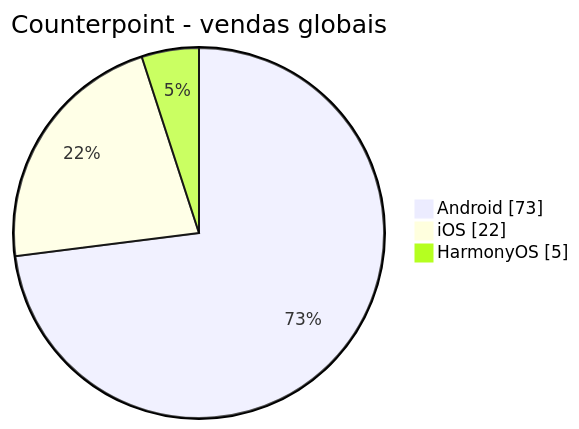
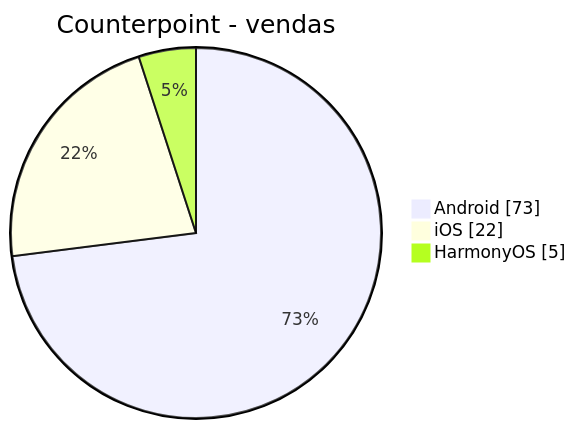
One commit to renanalencar/ads025-desenvolvimento-mobile changed the second of 8 diagrams in aula-01-introducao-desenvolvimento-mobile/presentation.md. Above: the diagram before and after it, drawn with Mermaid. The commit also changed other lines of this file and 16 other files, not shown here.

````diff
--- a/aula-01-introducao-desenvolvimento-mobile/presentation.md
+++ b/aula-01-introducao-desenvolvimento-mobile/presentation.md
@@ -114,6 +125,6 @@
 ```mermaid
-pie showData title Counterpoint - vendas globais
+pie showData title Counterpoint - vendas
     "Android" : 73
     "iOS" : 22
     "HarmonyOS" : 5
 ```
````
